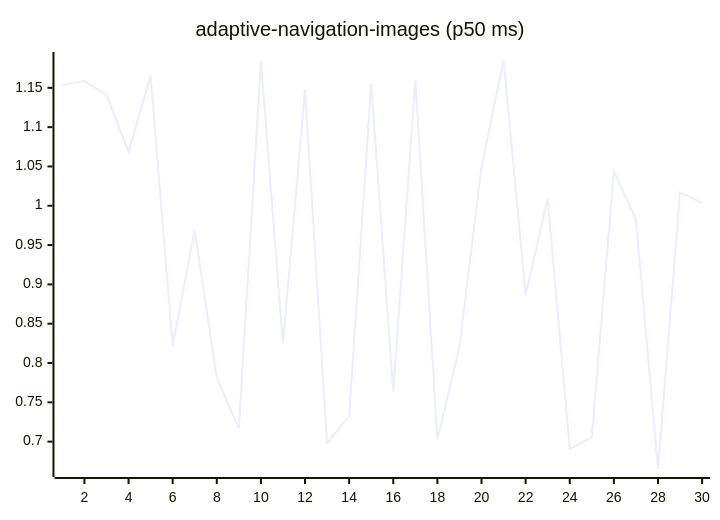
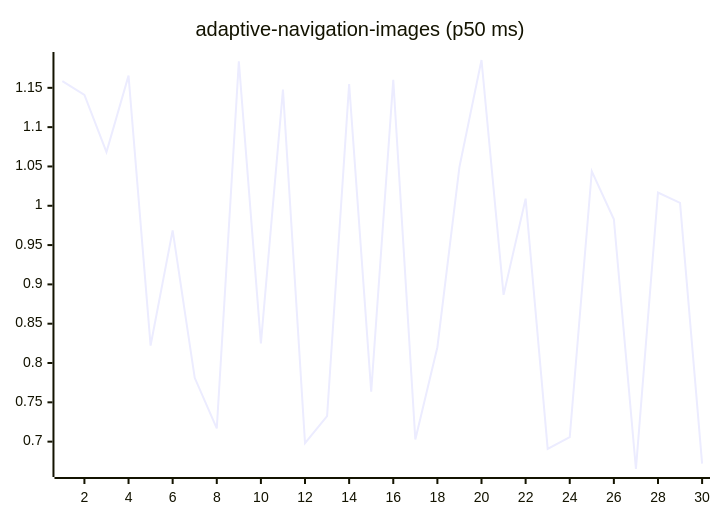
One commit to josha/Facet changed the first of 27 diagrams in README.md. Above: the diagram before and after it, drawn with Mermaid. The commit also changed other lines of this file and 2 other files, not shown here.

````diff
--- a/README.md
+++ b/README.md
@@ -63,6 +63,6 @@
 ```mermaid
 xychart-beta
     title "adaptive-navigation-images (p50 ms)"
     x-axis 1 --> 30
-    line [1.1535, 1.1586, 1.1410, 1.0683, 1.1655, 0.8222, 0.9687, 0.7812, 0.7168, 1.1836, 0.8250, 1.1478, 0.6980, 0.7325, 1.1549, 0.7635, 1.1603, 0.7028, 0.8201, 1.0494, 1.1854, 0.8867, 1.0090, 0.6909, 0.7058, 1.0439, 0.9829, 0.6652, 1.0169, 1.0037]
+    line [1.1586, 1.1410, 1.0683, 1.1655, 0.8222, 0.9687, 0.7812, 0.7168, 1.1836, 0.8250, 1.1478, 0.6980, 0.7325, 1.1549, 0.7635, 1.1603, 0.7028, 0.8201, 1.0494, 1.1854, 0.8867, 1.0090, 0.6909, 0.7058, 1.0439, 0.9829, 0.6652, 1.0169, 1.0037, 0.6721]
 ```
````
